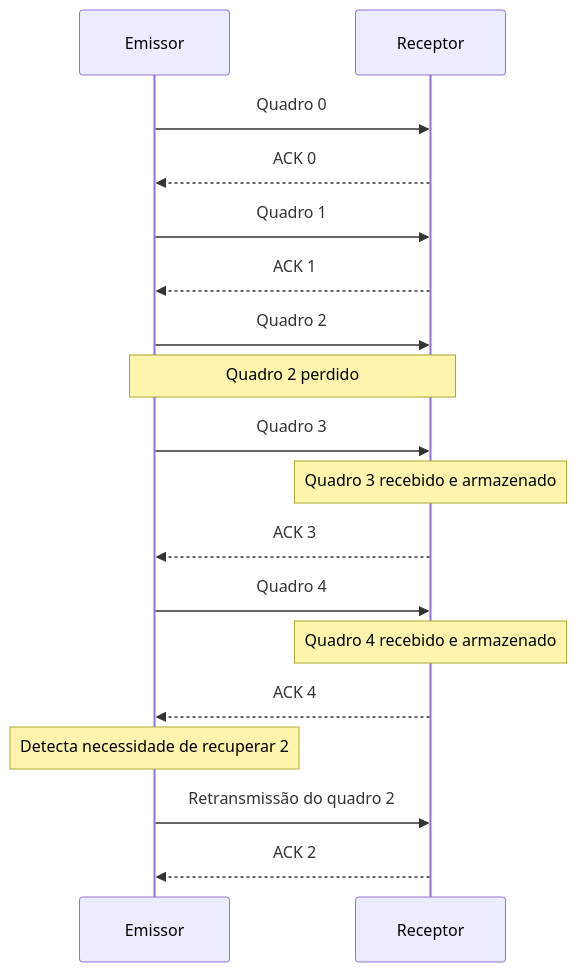
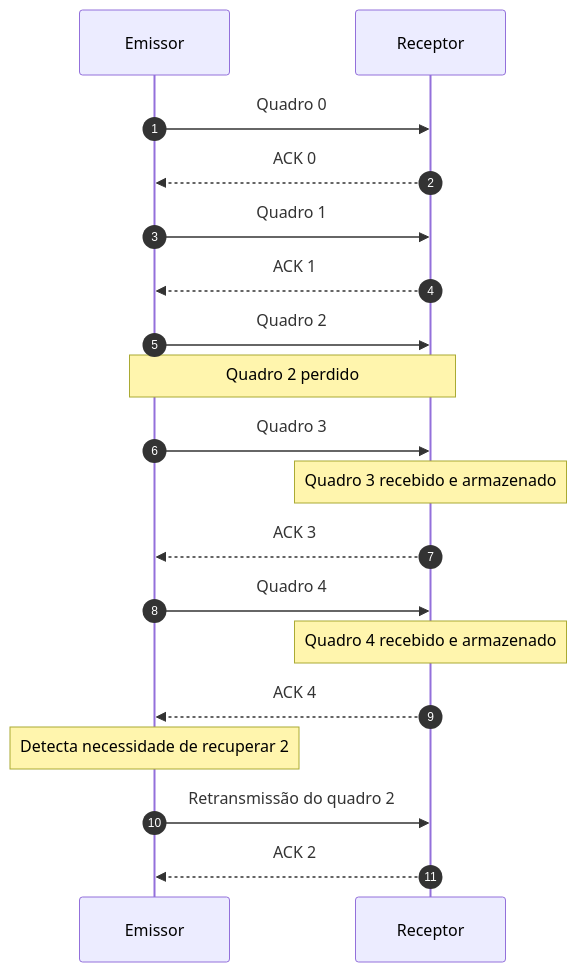
One commit to jurandysoares/janelas-deslizantes changed the diagram in docs/7-repeticao-seletiva.md. Above: the diagram before and after it, drawn with Mermaid. The commit also changed 7 other files, not shown here.

Commit message:
feat: Numeração das interações dos diagramas de sequência

````diff
--- a/docs/7-repeticao-seletiva.md
+++ b/docs/7-repeticao-seletiva.md
@@ -21,20 +21,21 @@
 ```mermaid
 sequenceDiagram
+    autonumber
     participant E as Emissor
     participant R as Receptor
     E->>R: Quadro 0
     R-->>E: ACK 0
     E->>R: Quadro 1
     R-->>E: ACK 1
     E->>R: Quadro 2
     Note over E,R: Quadro 2 perdido
     E->>R: Quadro 3
     Note over R: Quadro 3 recebido e armazenado
     R-->>E: ACK 3
     E->>R: Quadro 4
     Note over R: Quadro 4 recebido e armazenado
     R-->>E: ACK 4
     Note over E: Detecta necessidade de recuperar 2
     E->>R: Retransmissão do quadro 2
     R-->>E: ACK 2
 ```
````
